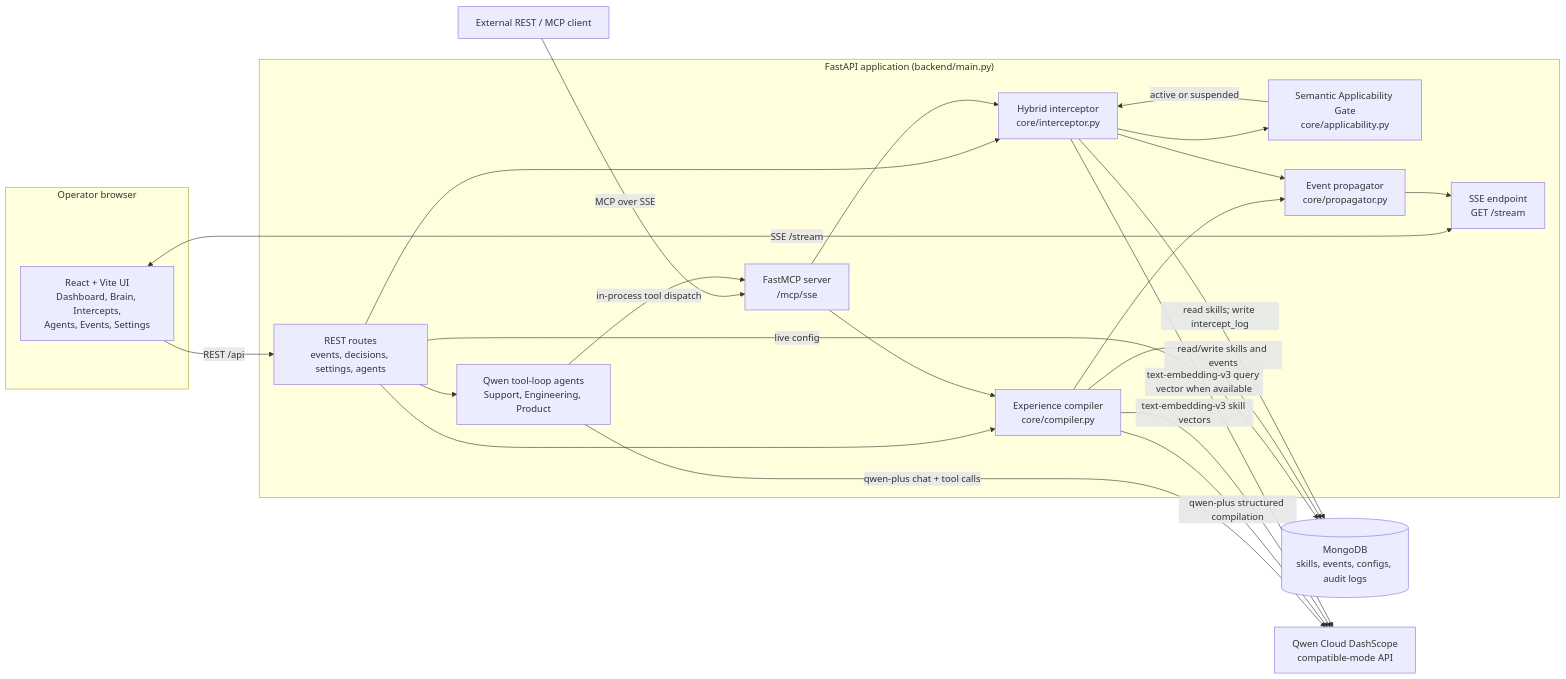
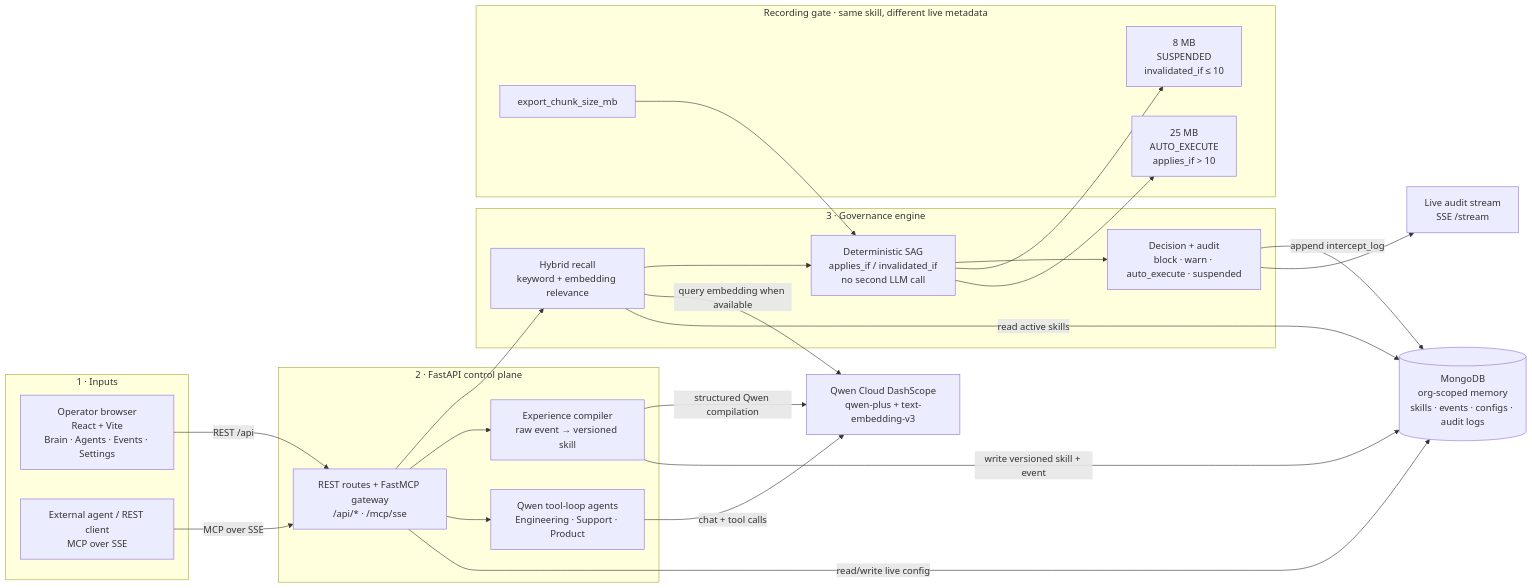
One commit to BoBbY-dev-0099/company-brain changed the diagram in README.md. Above: the diagram before and after it, drawn with Mermaid. The commit also changed 3 other files, not shown here.

Commit message:
Update judge-facing architecture diagram and sync README.

````diff
--- a/README.md
+++ b/README.md
@@ -32,46 +32,49 @@
 ```mermaid
 flowchart LR
-    subgraph Browser["Operator browser"]
-        UI["React + Vite UI<br/>Dashboard, Brain, Intercepts,<br/>Agents, Events, Settings"]
+    subgraph INPUTS["1 · Inputs"]
+        UI["Operator browser<br/>React + Vite<br/>Brain · Agents · Events · Settings"]
+        EXT["External agent / REST client<br/>MCP over SSE"]
     end
 
-    subgraph API["FastAPI application (backend/main.py)"]
-        Routes["REST routes<br/>events, decisions, settings, agents"]
-        Agents["Qwen tool-loop agents<br/>Support, Engineering, Product"]
-        MCP["FastMCP server<br/>/mcp/sse"]
-        Compiler["Experience compiler<br/>core/compiler.py"]
-        Interceptor["Hybrid interceptor<br/>core/interceptor.py"]
-        SAG["Semantic Applicability Gate<br/>core/applicability.py"]
-        Propagator["Event propagator<br/>core/propagator.py"]
-        Stream["SSE endpoint<br/>GET /stream"]
+    subgraph CONTROL["2 · FastAPI control plane"]
+        API["REST routes + FastMCP gateway<br/>/api/* · /mcp/sse"]
+        AGENTS["Qwen tool-loop agents<br/>Engineering · Support · Product"]
+        COMPILER["Experience compiler<br/>raw event → versioned skill"]
     end
 
-    External["External REST / MCP client"]
-    Mongo[("MongoDB<br/>skills, events, configs, audit logs")]
-    Qwen["Qwen Cloud DashScope<br/>compatible-mode API"]
+    subgraph BRAIN["3 · Governance engine"]
+        RECALL["Hybrid recall<br/>keyword + embedding relevance"]
+        SAG["Deterministic SAG<br/>applies_if / invalidated_if<br/>no second LLM call"]
+        DECISION["Decision + audit<br/>block · warn · auto_execute · suspended"]
+    end
 
-    UI -->|"REST /api"| Routes
-    UI <-->|"SSE /stream"| Stream
-    External -->|"MCP over SSE"| MCP
+    subgraph GATE["Recording gate · same skill, different live metadata"]
+        LIVE["export_chunk_size_mb"]
+        EIGHT["8 MB<br/>SUSPENDED<br/>invalidated_if ≤ 10"]
+        TWENTYFIVE["25 MB<br/>AUTO_EXECUTE<br/>applies_if > 10"]
+    end
 
-    Routes --> Agents
-    Routes --> Interceptor
-    Routes --> Compiler
-    Routes -->|"live config"| Mongo
-    Agents -->|"in-process tool dispatch"| MCP
-    MCP --> Interceptor
-    MCP --> Compiler
+    SSE["Live audit stream<br/>SSE /stream"]
+    MONGO[("MongoDB<br/>org-scoped memory<br/>skills · events · configs · audit logs")]
+    QWEN["Qwen Cloud DashScope<br/>qwen-plus + text-embedding-v3"]
 
-    Compiler -->|"read/write skills and events"| Mongo
-    Interceptor -->|"read skills; write intercept_log"| Mongo
-    Interceptor --> SAG
-    SAG -->|"active or suspended"| Interceptor
-    Compiler --> Propagator
-    Interceptor --> Propagator
-    Propagator --> Stream
+    UI -->|"REST /api"| API
+    EXT -->|"MCP over SSE"| API
+    API --> RECALL
+    API --> COMPILER
+    API --> AGENTS
 
-    Agents -->|"qwen-plus chat + tool calls"| Qwen
-    Compiler -->|"qwen-plus structured compilation"| Qwen
-    Compiler -->|"text-embedding-v3 skill vectors"| Qwen
-    Interceptor -->|"text-embedding-v3 query vector when available"| Qwen
+    RECALL --> SAG --> DECISION
+    LIVE --> SAG
+    SAG --> EIGHT
+    SAG --> TWENTYFIVE
+    DECISION -->|"append intercept_log"| MONGO
+    DECISION --> SSE
+
+    COMPILER -->|"structured Qwen compilation"| QWEN
+    AGENTS -->|"chat + tool calls"| QWEN
+    RECALL -->|"query embedding when available"| QWEN
+    COMPILER -->|"write versioned skill + event"| MONGO
+    RECALL -->|"read active skills"| MONGO
+    API -->|"read/write live config"| MONGO
 ```
````
